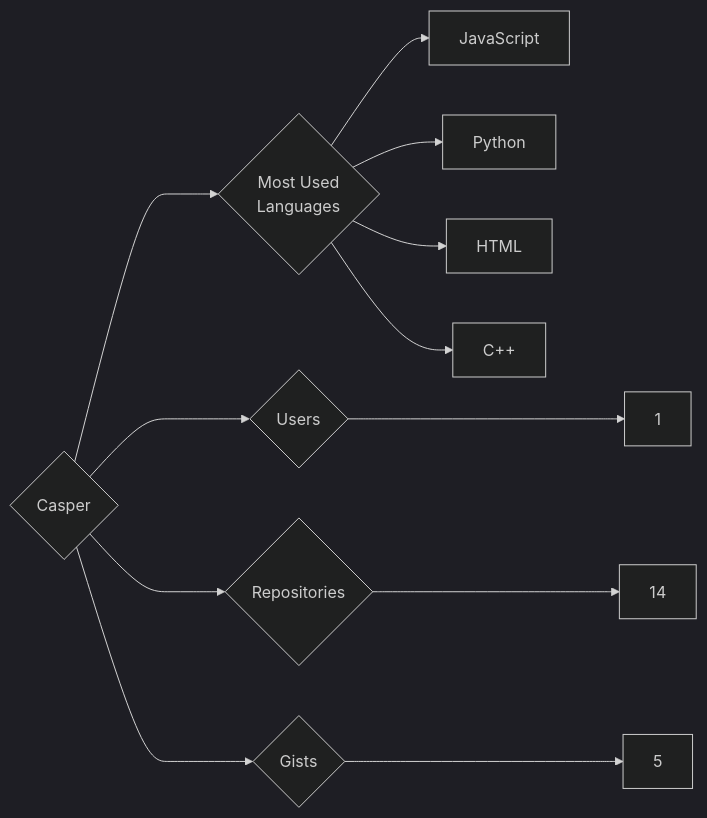
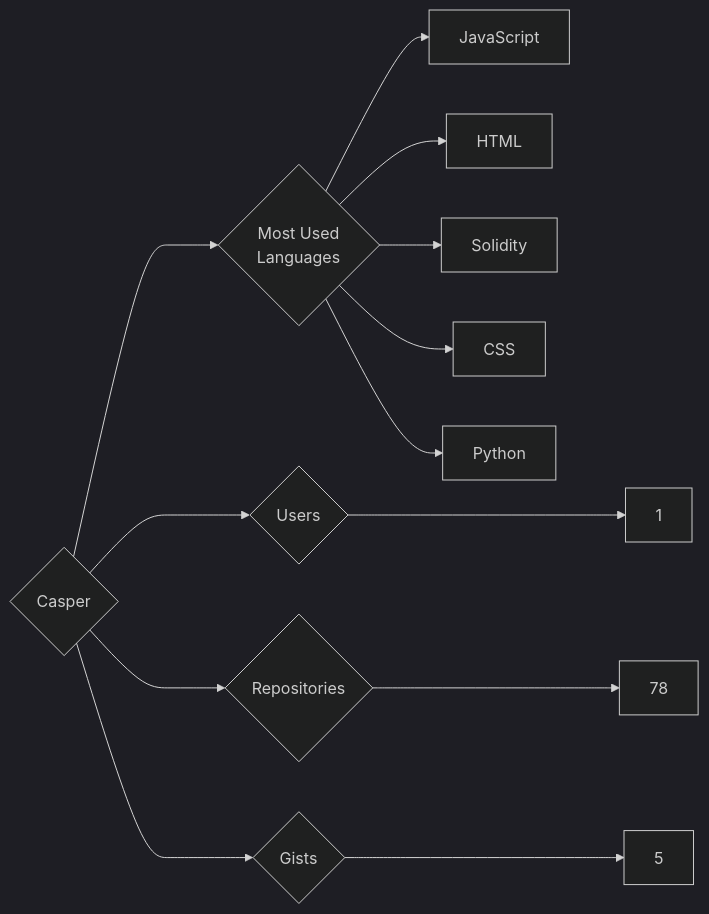
Before and after one commit to trickest/insiders: the diagram in targets/Casper/README.md, drawn with Mermaid (dark theme). The commit also changed 783 other files, not shown here.

````diff
--- a/targets/Casper/README.md
+++ b/targets/Casper/README.md
@@ -3,12 +3,13 @@
 ```mermaid
 graph LR
 COMPANY_NAME{Casper}
 COMPANY_NAME ---> U{Users} ---> UN[1]
-COMPANY_NAME ---> R{Repositories} ---> RN[14]
+COMPANY_NAME ---> R{Repositories} ---> RN[78]
 COMPANY_NAME ---> G{Gists} ---> GN[5]
 COMPANY_NAME ---> ML{Most Used<br>Languages}
 ML --> JavaScript[JavaScript]
+ML --> HTML[HTML]
+ML --> Solidity[Solidity]
+ML --> CSS[CSS]
 ML --> Python[Python]
-ML --> HTML[HTML]
-ML --> C++[C++]
 ```
````
